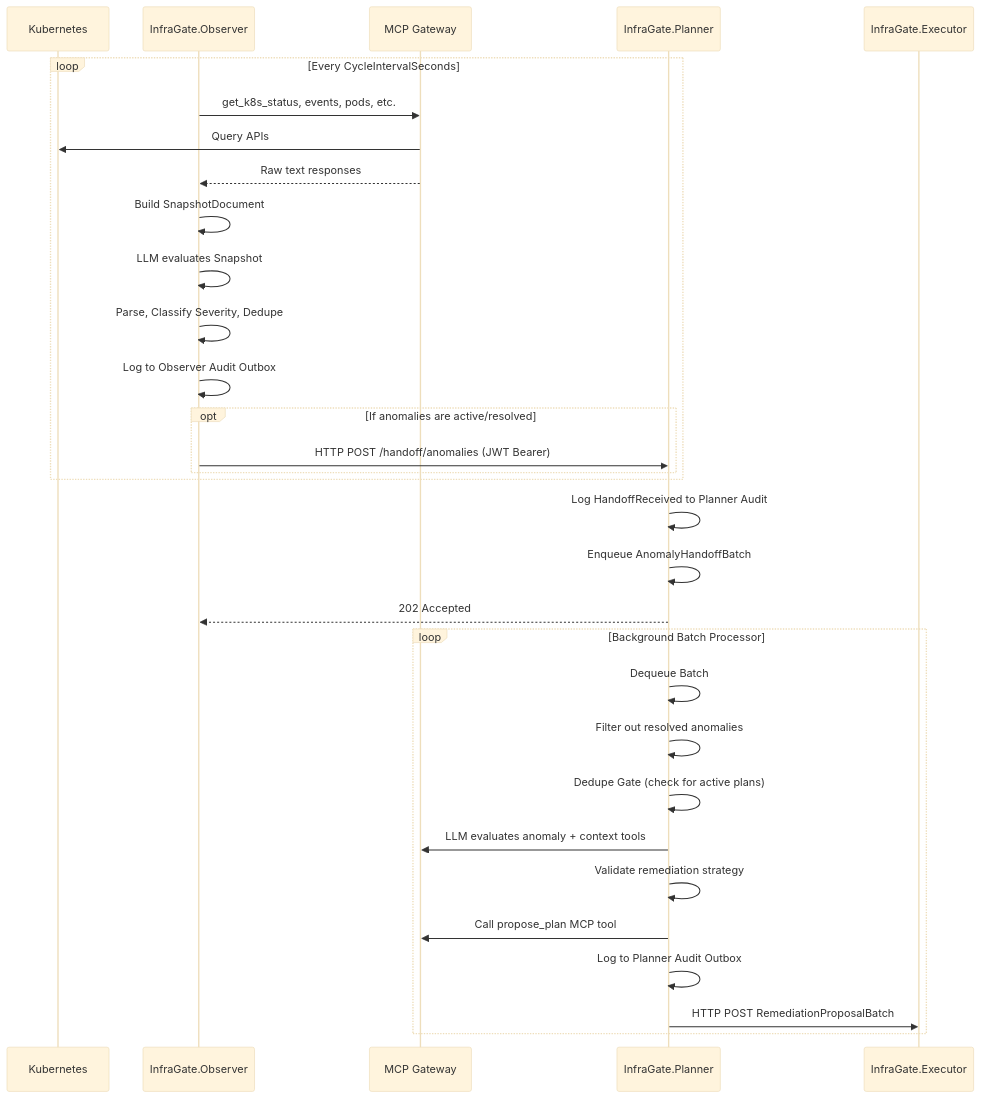
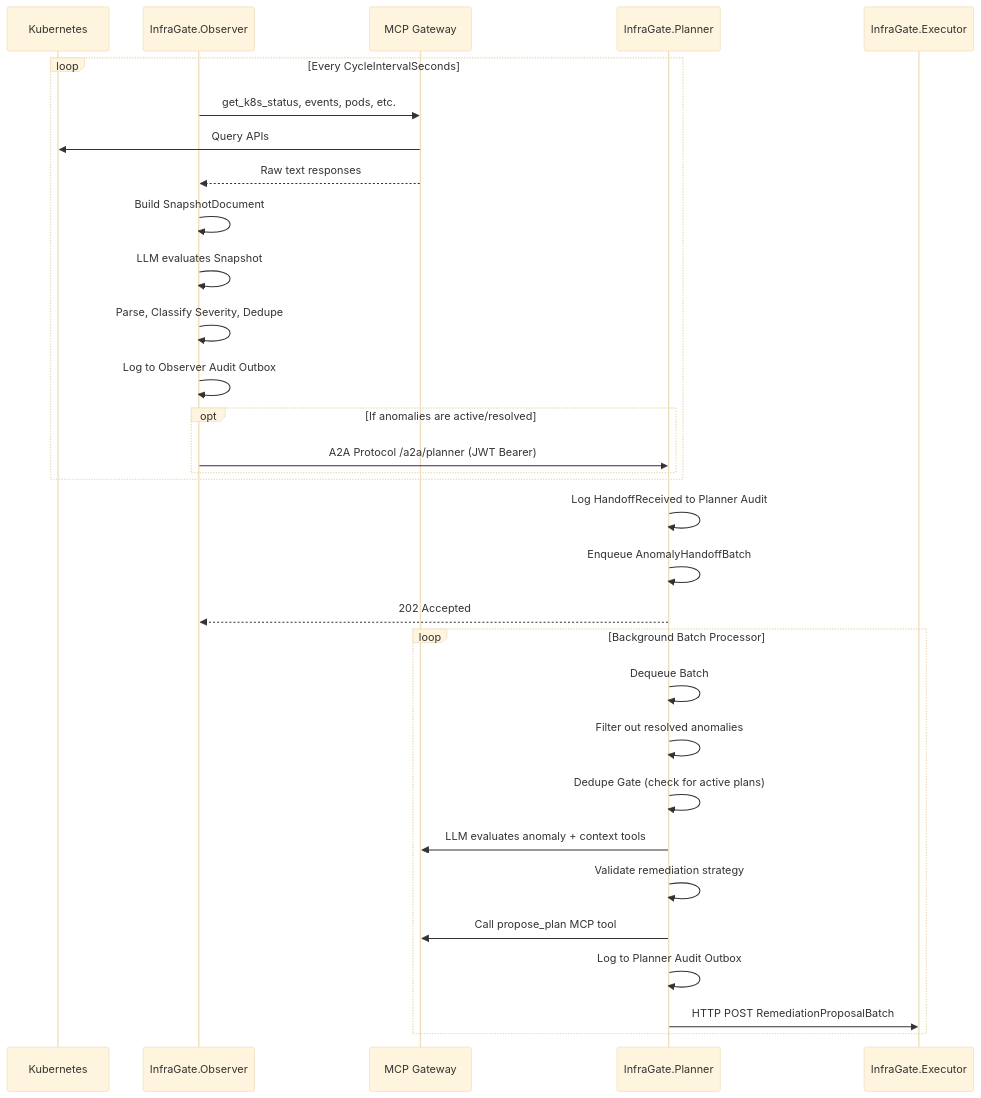
The fifth of 5 diagrams in docs/observer-planner-flow.md (mirusser/Kubernetes-MCP-Guard), drawn with Mermaid (base theme) before and after one commit. The commit also changed other lines of this file and 24 other files, not shown here.

Commit message:
feat: migrated communication between observer and planner to a2a protocol

````diff
--- a/docs/observer-planner-flow.md
+++ b/docs/observer-planner-flow.md
@@ -116,36 +116,36 @@
 ```mermaid
 sequenceDiagram
     participant K8s as Kubernetes
     participant Obs as InfraGate.Observer
     participant Gateway as MCP Gateway
     participant Plan as InfraGate.Planner
     participant Exec as InfraGate.Executor
 
     loop Every CycleIntervalSeconds
         Obs->>Gateway: get_k8s_status, events, pods, etc.
         Gateway->>K8s: Query APIs
         Gateway-->>Obs: Raw text responses
         Obs->>Obs: Build SnapshotDocument
         Obs->>Obs: LLM evaluates Snapshot
         Obs->>Obs: Parse, Classify Severity, Dedupe
         Obs->>Obs: Log to Observer Audit Outbox
         opt If anomalies are active/resolved
-            Obs->>Plan: HTTP POST /handoff/anomalies (JWT Bearer)
+            Obs->>Plan: A2A Protocol /a2a/planner (JWT Bearer)
         end
     end
 
     Plan->>Plan: Log HandoffReceived to Planner Audit
     Plan->>Plan: Enqueue AnomalyHandoffBatch
     Plan-->>Obs: 202 Accepted
     
     loop Background Batch Processor
         Plan->>Plan: Dequeue Batch
         Plan->>Plan: Filter out resolved anomalies
         Plan->>Plan: Dedupe Gate (check for active plans)
         Plan->>Gateway: LLM evaluates anomaly + context tools
         Plan->>Plan: Validate remediation strategy
         Plan->>Gateway: Call propose_plan MCP tool
         Plan->>Plan: Log to Planner Audit Outbox
         Plan->>Exec: HTTP POST RemediationProposalBatch
     end
 ```
````
